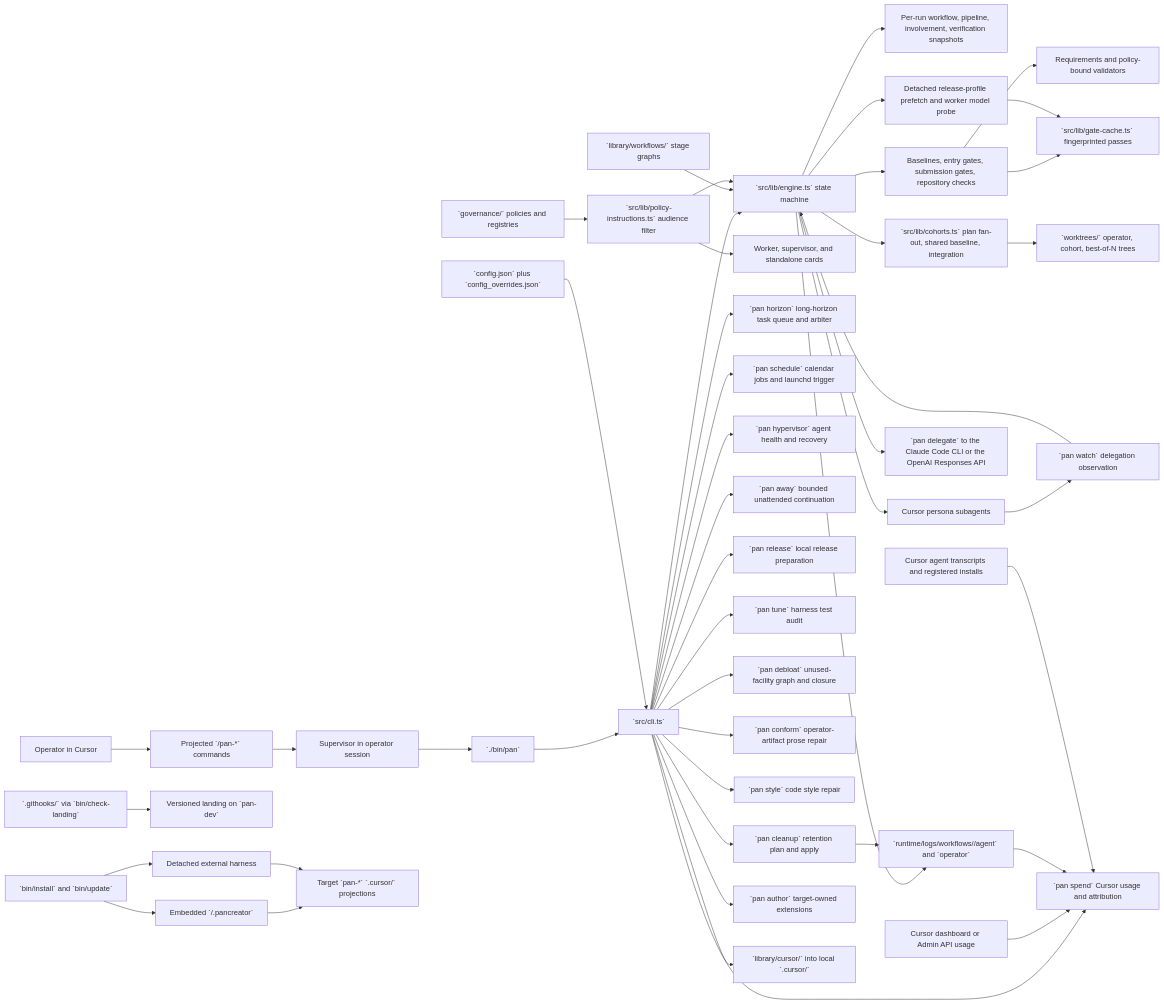
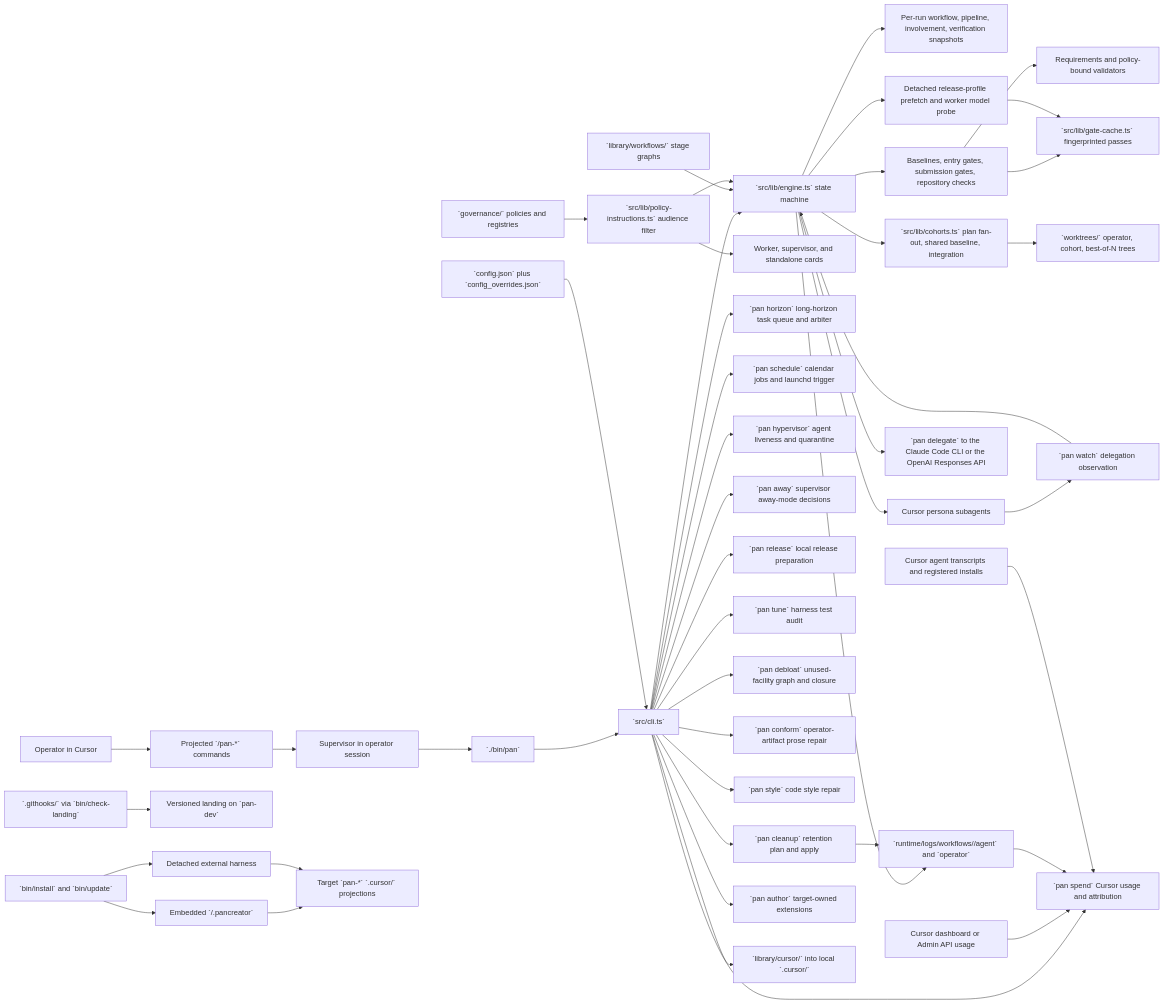
One commit to alenlukic/pancreator changed the diagram in docs/target-repo-primer.md. Above: the diagram before and after it, drawn with Mermaid. The commit also changed other lines of this file and 51 other files, not shown here.

Commit message:
Checkpoint away-mode evaluator removal for release.

````diff
--- a/docs/target-repo-primer.md
+++ b/docs/target-repo-primer.md
@@ -91,48 +91,48 @@
 ```mermaid
 flowchart LR
   Operator[Operator in Cursor] --> Commands[Projected `/pan-*` commands]
   Commands --> Supervisor[Supervisor in operator session]
   Supervisor --> Pan[`./bin/pan`]
   Pan --> CLI[`src/cli.ts`]
   CLI --> Engine[`src/lib/engine.ts` state machine]
   Config[`config.json` plus `config_overrides.json`] --> CLI
   Workflows[`library/workflows/` stage graphs] --> Engine
   Governance[`governance/` policies and registries] --> Audience[`src/lib/policy-instructions.ts` audience filter]
   Audience --> Engine
   Audience --> Cards[Worker, supervisor, and standalone cards]
   Engine --> Snapshots[Per-run workflow, pipeline, involvement, verification snapshots]
   Engine --> Gates[Baselines, entry gates, submission gates, repository checks]
   Gates --> Requirements[Requirements and policy-bound validators]
   Gates --> GateCache[`src/lib/gate-cache.ts` fingerprinted passes]
   Engine --> Detached[Detached release-profile prefetch and worker model probe]
   Detached --> GateCache
   Engine --> Runtime[`runtime/logs/workflows/<run-id>/agent` and `operator`]
   Engine --> CursorWorkers[Cursor persona subagents]
   Engine --> External[`pan delegate` to the Claude Code CLI or the OpenAI Responses API]
   CursorWorkers --> Watch[`pan watch` delegation observation]
   Watch --> Engine
   Engine --> Cohorts[`src/lib/cohorts.ts` plan fan-out, shared baseline, integration]
   Cohorts --> Worktrees[`worktrees/` operator, cohort, best-of-N trees]
   CLI --> Horizon[`pan horizon` long-horizon task queue and arbiter]
   CLI --> Schedule[`pan schedule` calendar jobs and launchd trigger]
-  CLI --> Hypervisor[`pan hypervisor` agent health and recovery]
-  CLI --> Away[`pan away` bounded unattended continuation]
+  CLI --> Hypervisor[`pan hypervisor` agent liveness and quarantine]
+  CLI --> Away[`pan away` supervisor away-mode decisions]
   CLI --> Release[`pan release` local release preparation]
   CLI --> Tune[`pan tune` harness test audit]
   CLI --> Debloat[`pan debloat` unused-facility graph and closure]
   CLI --> Conform[`pan conform` operator-artifact prose repair]
   CLI --> Style[`pan style` code style repair]
   CLI --> Cleanup[`pan cleanup` retention plan and apply]
   Cleanup --> Runtime
   CLI --> Spend[`pan spend` Cursor usage and attribution]
   CursorAPI[Cursor dashboard or Admin API usage] --> Spend
   Runtime --> Spend
   Transcripts[Cursor agent transcripts and registered installs] --> Spend
   CLI --> Author[`pan author` target-owned extensions]
   CLI --> Projection[`library/cursor/` into local `.cursor/`]
   Hooks[`.githooks/` via `bin/check-landing`] --> Landing[Versioned landing on `pan-dev`]
   Installer[`bin/install` and `bin/update`] --> Embedded[Embedded `<target>/.pancreator`]
   Installer --> DetachedInstall[Detached external harness]
   Embedded --> TargetCursor[Target `pan-*` `.cursor/` projections]
   DetachedInstall --> TargetCursor
 ```
````
